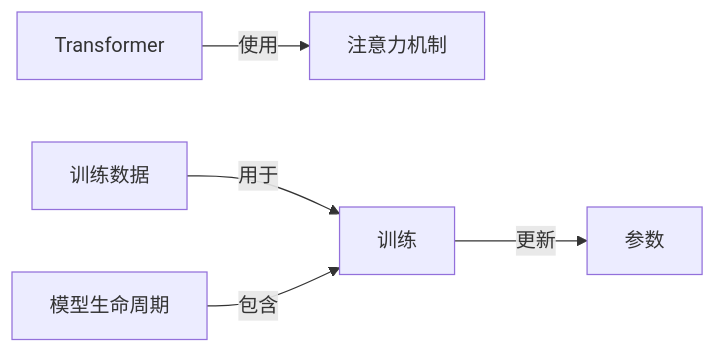
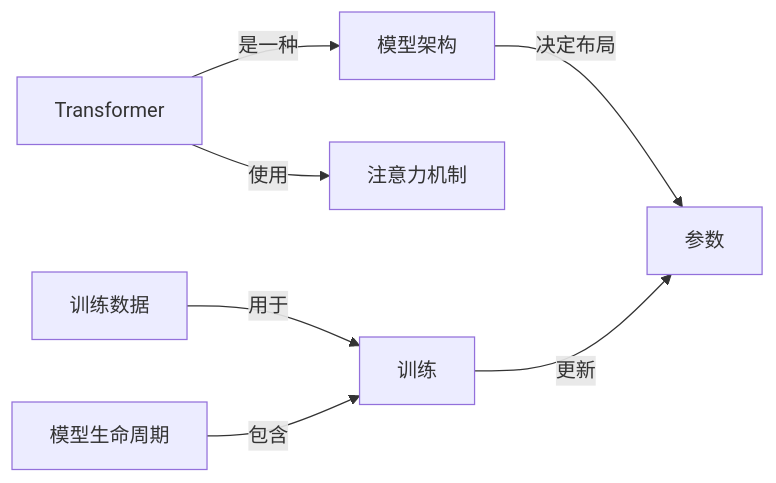
The second of 9 diagrams in 知识网络.md (z-Zihan/LLM-101), drawn with Mermaid before and after one commit. The commit also changed other lines of this file and 9 other files, not shown here.

Commit message:
docs: rewrite model lifecycle and transformer architecture

````diff
--- a/知识网络.md
+++ b/知识网络.md
@@ -88,13 +89,16 @@
 ```mermaid
 flowchart LR
     n_parameter["参数"]
     n_training_data["训练数据"]
     n_model_lifecycle["模型生命周期"]
+    n_architecture["模型架构"]
     n_transformer["Transformer"]
     n_attention["注意力机制"]
     n_training["训练"]
+    n_architecture -->|"决定布局"| n_parameter
+    n_transformer -->|"是一种"| n_architecture
     n_training_data -->|"用于"| n_training
     n_training -->|"更新"| n_parameter
     n_model_lifecycle -->|"包含"| n_training
     n_transformer -->|"使用"| n_attention
 ```
````
